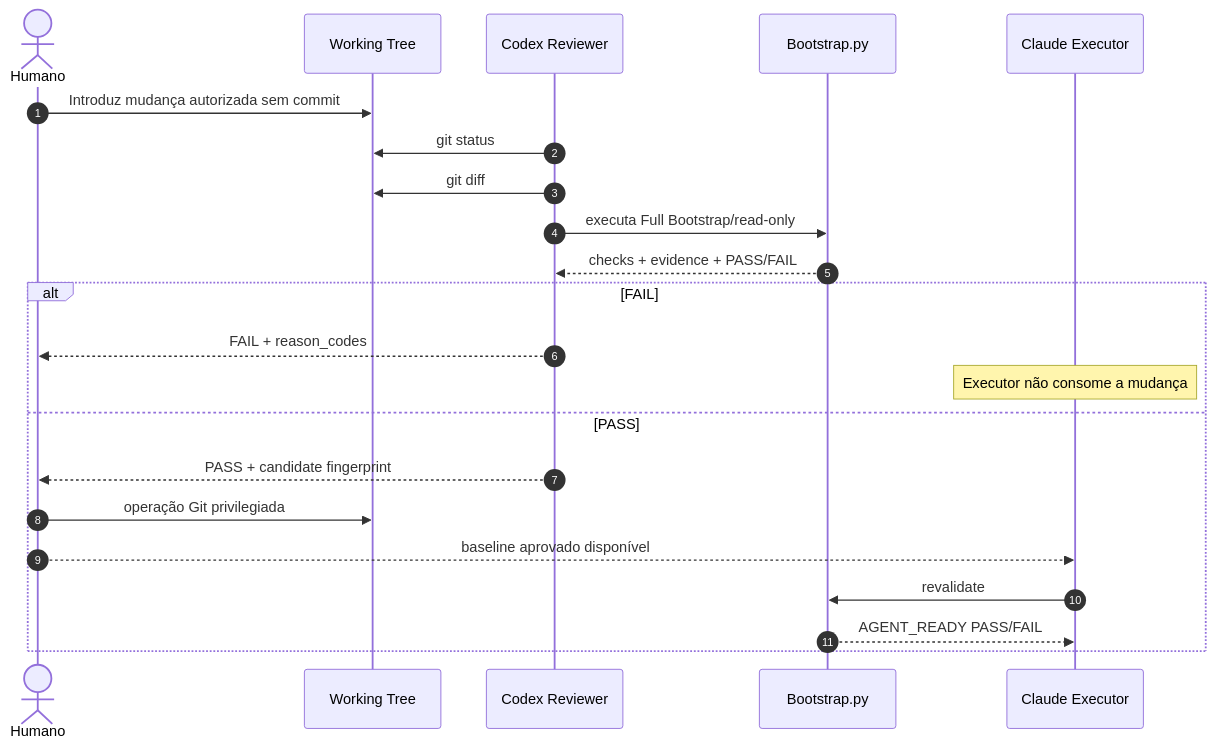
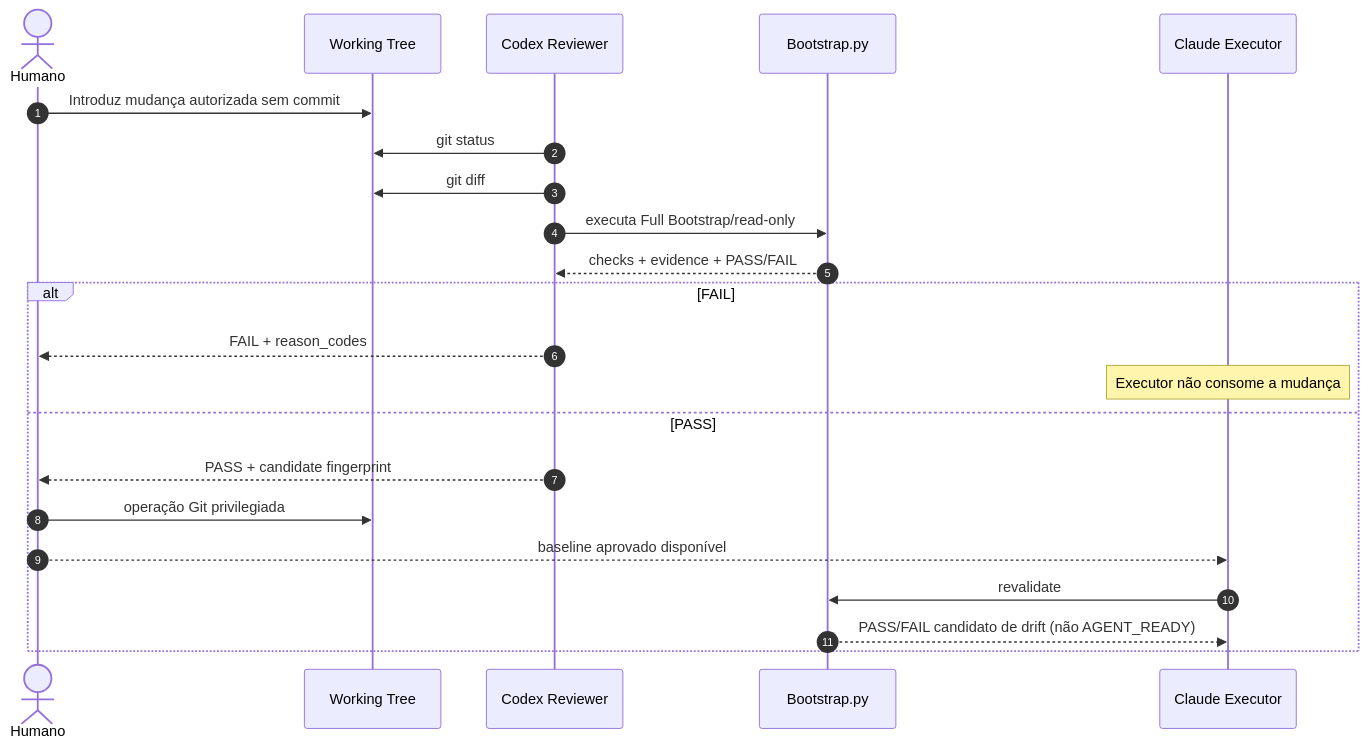
Before and after one commit to cepraea/beach-pro: the sixth of 7 diagrams in test/scripts/bootstrap/README.md, drawn with Mermaid. The commit also changed other lines of this file and 10 other files, not shown here.

````diff
--- a/test/scripts/bootstrap/README.md
+++ b/test/scripts/bootstrap/README.md
@@ -1392,27 +1467,27 @@
 ```mermaid
 sequenceDiagram
     autonumber
 
     actor H as Humano
     participant W as Working Tree
     participant R as Codex Reviewer
     participant B as Bootstrap.py
     participant E as Claude Executor
 
     H->>W: Introduz mudança autorizada sem commit
     R->>W: git status
     R->>W: git diff
     R->>B: executa Full Bootstrap/read-only
     B-->>R: checks + evidence + PASS/FAIL
 
     alt FAIL
         R-->>H: FAIL + reason_codes
         Note over E: Executor não consome a mudança
     else PASS
         R-->>H: PASS + candidate fingerprint
         H->>W: operação Git privilegiada
         H-->>E: baseline aprovado disponível
         E->>B: revalidate
-        B-->>E: AGENT_READY PASS/FAIL
+        B-->>E: PASS/FAIL candidato de drift (não AGENT_READY)
     end
 ```
````
